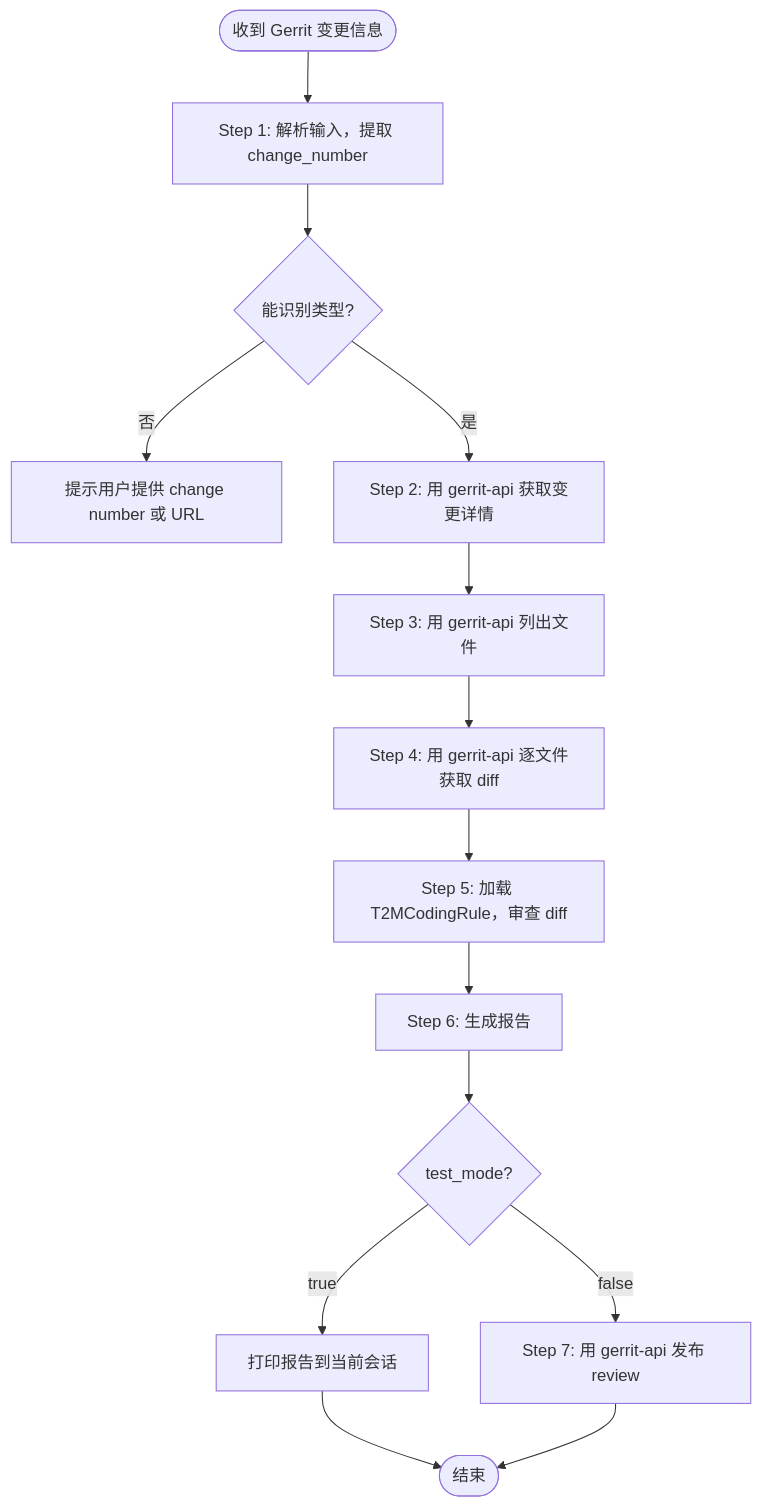
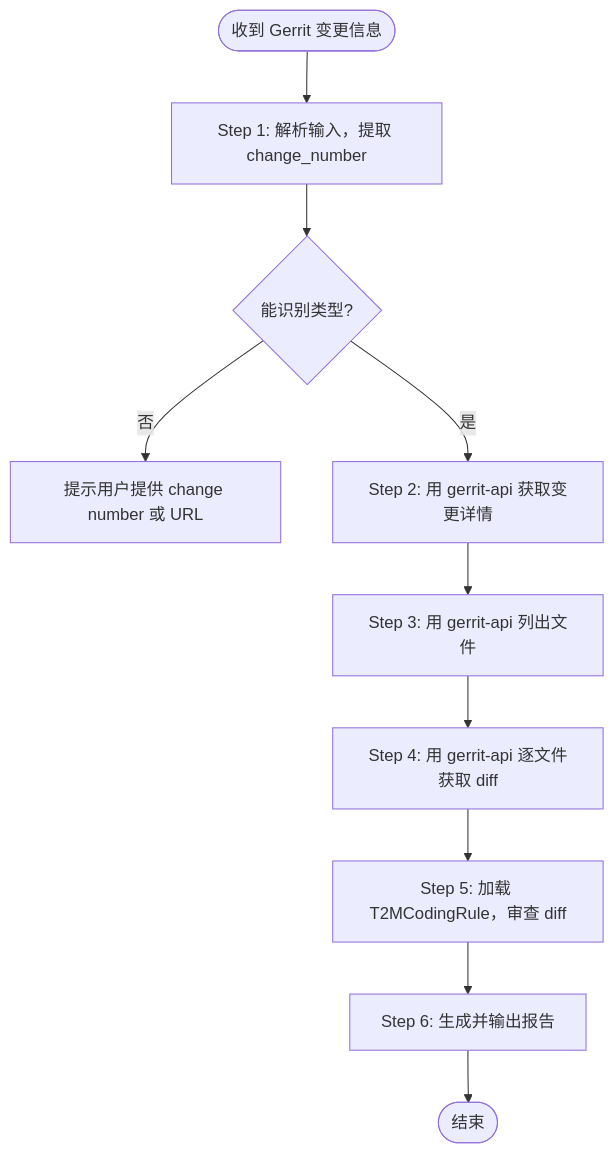
Before and after one commit to vancebs/skills: the diagram in code-review/SKILL.md, drawn with Mermaid. The commit also changed other lines of this file and 5 other files, not shown here.

First line of the commit message:
feat(code-review): remove TEST_MODE/Step7, add new report format

````diff
--- a/code-review/SKILL.md
+++ b/code-review/SKILL.md
@@ -112,15 +109,12 @@
 ```mermaid
 flowchart TD
     A([收到 Gerrit 变更信息]) --> B[Step 1: 解析输入，提取 change_number]
     B --> C{能识别类型?}
     C -- 否 --> D[提示用户提供 change number 或 URL]
     C -- 是 --> E[Step 2: 用 gerrit-api 获取变更详情]
     E --> F[Step 3: 用 gerrit-api 列出文件]
     F --> G[Step 4: 用 gerrit-api 逐文件获取 diff]
     G --> H[Step 5: 加载 T2MCodingRule，审查 diff]
-    H --> I[Step 6: 生成报告]
-    I --> J{test_mode?}
-    J -- true --> K[打印报告到当前会话]
-    J -- false --> L[Step 7: 用 gerrit-api 发布 review]
-    K & L --> M([结束])
+    H --> I[Step 6: 生成并输出报告]
+    I --> M([结束])
 ```
````
